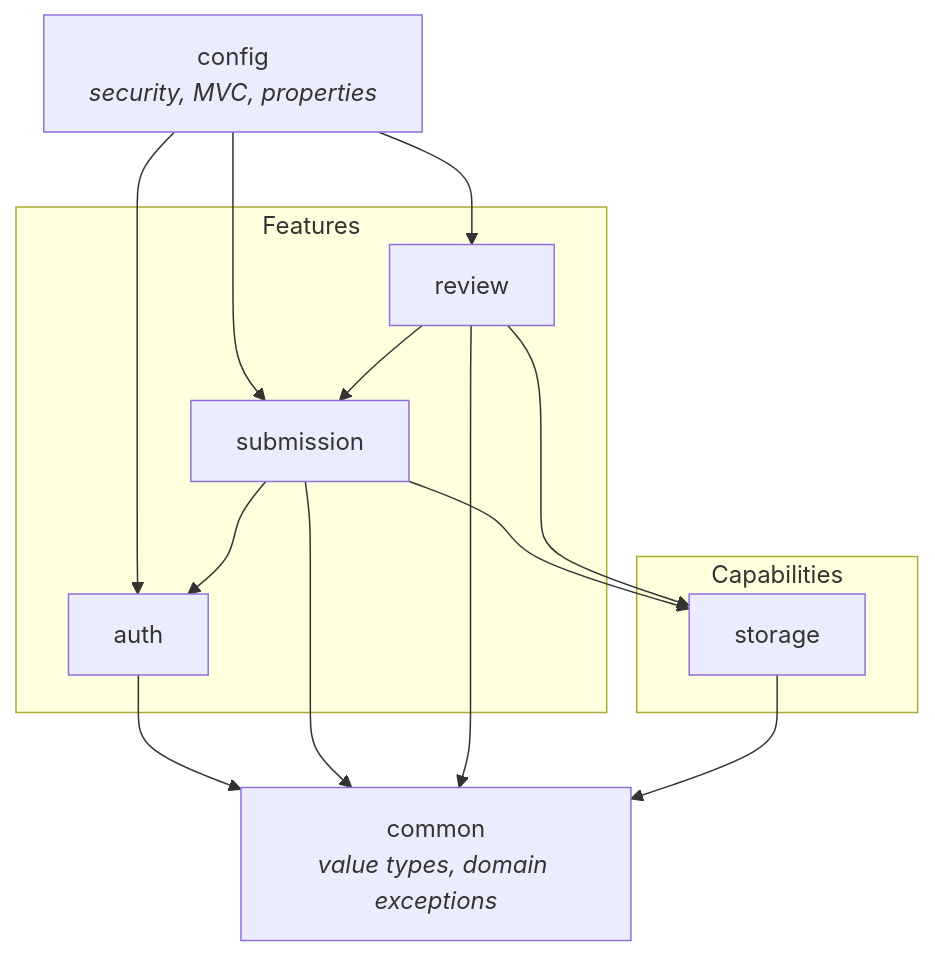
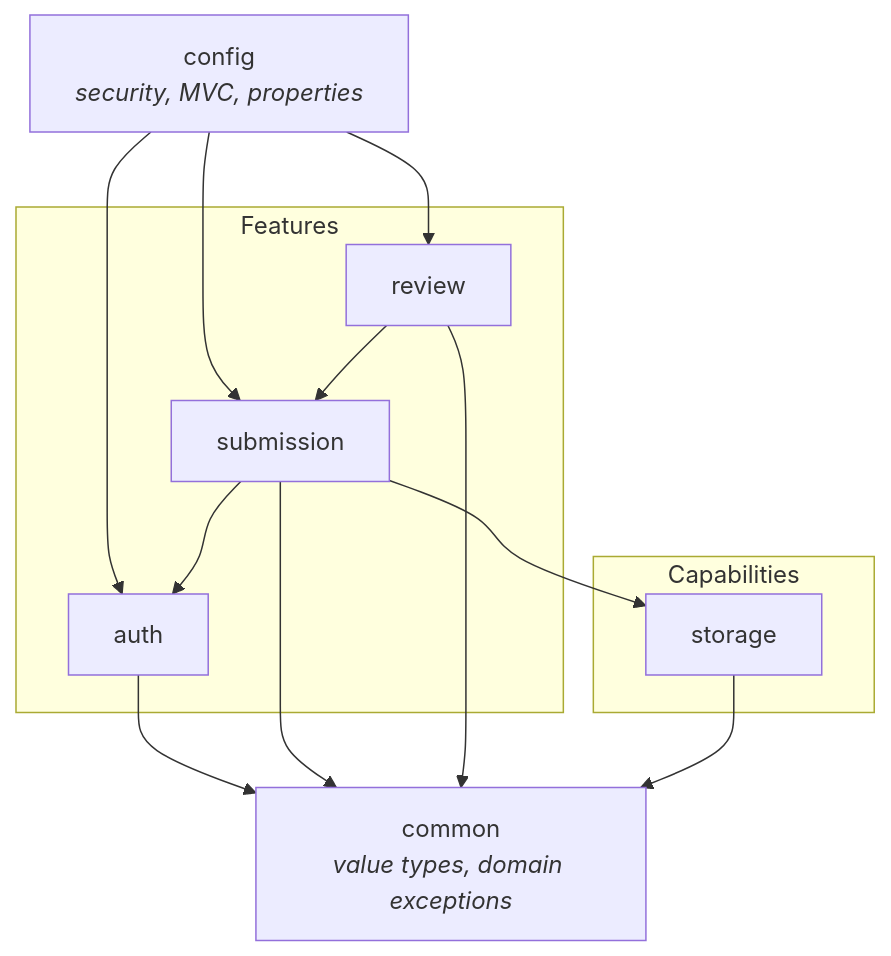
One commit to Ayush-Gole8/online-assignment-portal changed the diagram in docs/architecture/application-structure.md. Above: the diagram before and after it, drawn with Mermaid. The commit also changed other lines of this file and 35 other files, not shown here.

````diff
--- a/docs/architecture/application-structure.md
+++ b/docs/architecture/application-structure.md
@@ -182,30 +197,29 @@
 ```mermaid
 flowchart TD
     Cfg["config<br/><i>security, MVC, properties</i>"]
 
     subgraph F ["Features"]
         Auth["auth"]
         Sub["submission"]
         Rev["review"]
     end
 
     subgraph Cap ["Capabilities"]
         Sto["storage"]
     end
 
     Common["common<br/><i>value types, domain exceptions</i>"]
 
     Cfg --> Auth
     Cfg --> Sub
     Cfg --> Rev
 
     Auth --> Common
     Sub --> Common
     Rev --> Common
     Sto --> Common
 
     Sub --> Auth
     Sub --> Sto
     Rev --> Sub
-    Rev --> Sto
 ```
````
